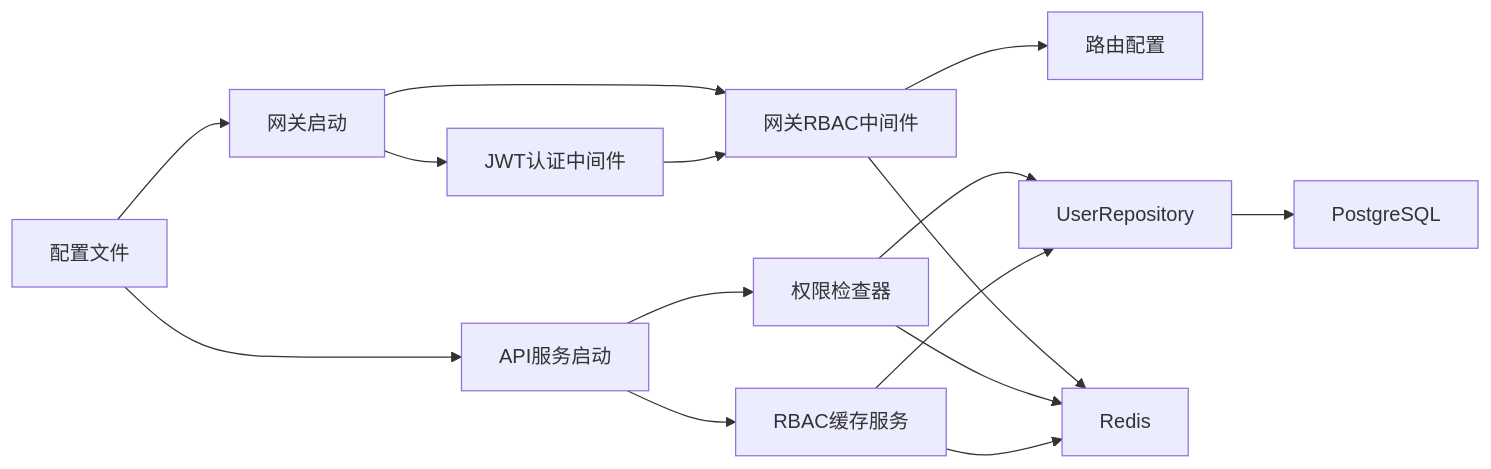
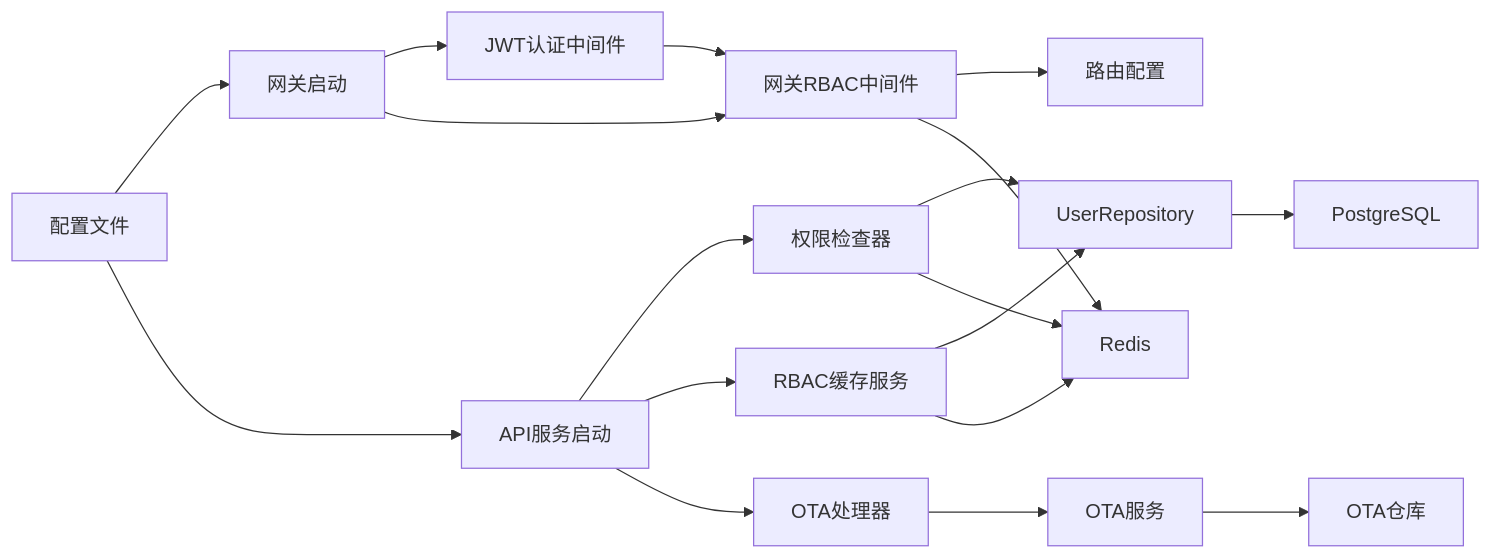
The seventh of 10 diagrams in .qoder/repowiki/zh/content/API网关服务/RBAC权限控制.md (mcmrzy/cs_inv_monitor-develop), drawn with Mermaid before and after one commit. The commit also changed other lines of this file and 28 other files, not shown here.

````diff
--- a/.qoder/repowiki/zh/content/API网关服务/RBAC权限控制.md
+++ b/.qoder/repowiki/zh/content/API网关服务/RBAC权限控制.md
@@ -308,17 +356,20 @@
 ```mermaid
 graph LR
 Config["配置文件"] --> GWMain["网关启动"]
 Config --> APIMain["API服务启动"]
 GWMain --> JWTMW["JWT认证中间件"]
 GWMain --> RBACMW["网关RBAC中间件"]
 APIMain --> PermChecker["权限检查器"]
 APIMain --> RBACCache["RBAC缓存服务"]
+APIMain --> OTAHandler["OTA处理器"]
 JWTMW --> RBACMW
 RBACMW --> Routes["路由配置"]
 PermChecker --> Repo["UserRepository"]
 RBACCache --> Repo
+OTAHandler --> OTAService["OTA服务"]
+OTAService --> OTARepo["OTA仓库"]
 Repo --> DB["PostgreSQL"]
 RBACMW --> Redis["Redis"]
 PermChecker --> Redis
 RBACCache --> Redis
 ```
````
